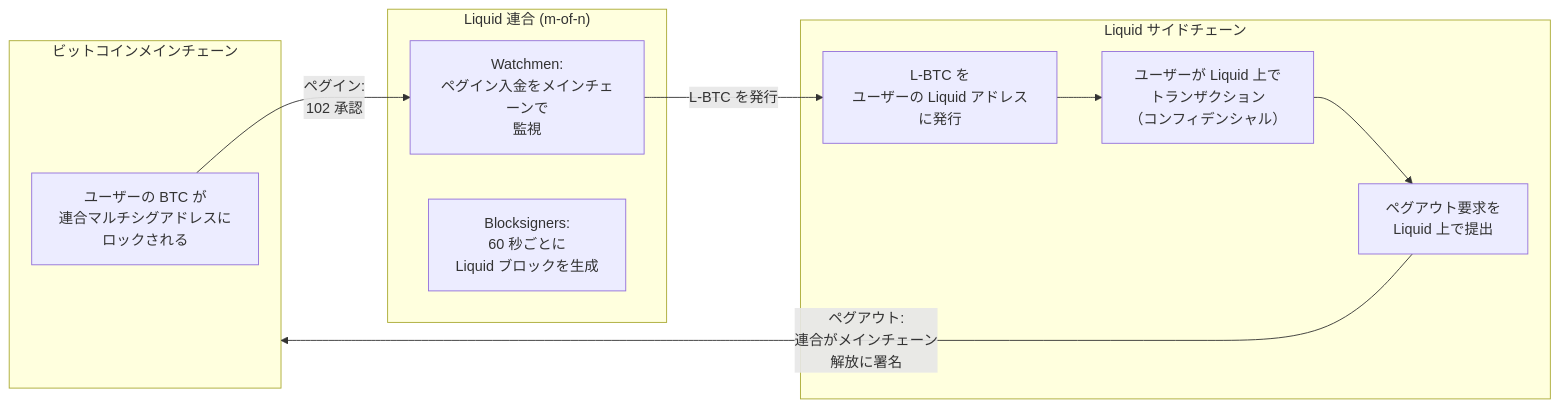
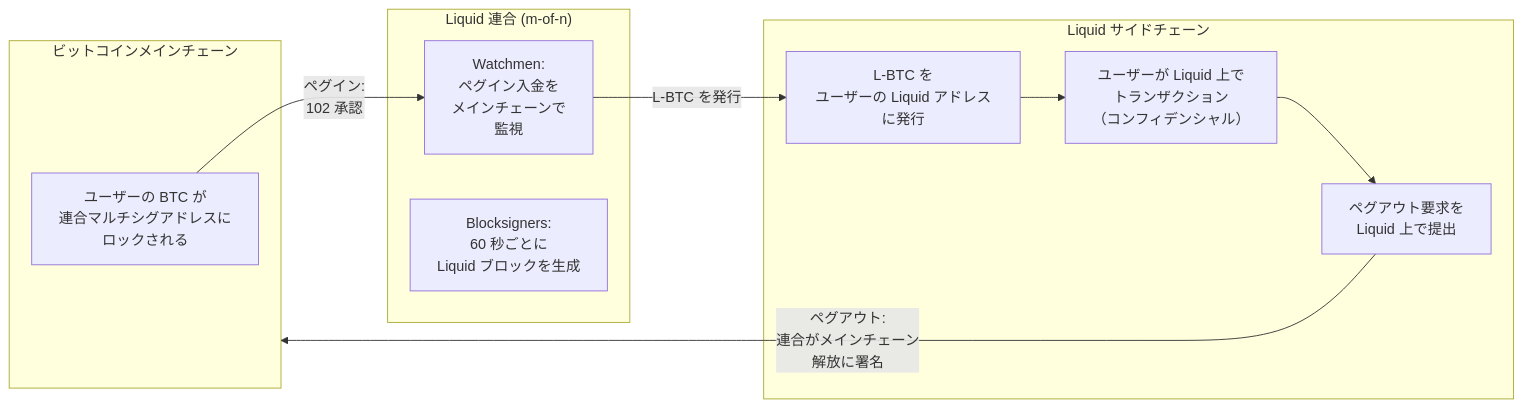
One commit to cypher256/BitcoinArchive changed the fourth of 6 diagrams in src/data/translations/ja/design/2009-01-03-bitcoin-ecosystem-design.md. Above: the diagram before and after it, drawn with Mermaid. The commit also changed other lines of this file and 11 other files, not shown here.

First line of the commit message:
JA Mermaid labels: wrap long CJK labels (mermaid-ja-wrap, 12 design docs)

````diff
--- a/src/data/translations/ja/design/2009-01-03-bitcoin-ecosystem-design.md
+++ b/src/data/translations/ja/design/2009-01-03-bitcoin-ecosystem-design.md
@@ -167,23 +167,23 @@
 ```mermaid
 flowchart LR
     subgraph MAIN["ビットコインメインチェーン"]
         UTXO_LOCK["ユーザーの BTC が<br/>連合マルチシグアドレスに<br/>ロックされる"]
     end
 
     subgraph FEDERATION["Liquid 連合 (m-of-n)"]
-        WATCH["Watchmen:<br/>ペグイン入金をメインチェーンで<br/>監視"]
+        WATCH["Watchmen:<br/>ペグイン入金を<br/>メインチェーンで<br/>監視"]
         SIGN["Blocksigners:<br/>60 秒ごとに<br/>Liquid ブロックを生成"]
     end
 
     subgraph LIQUID["Liquid サイドチェーン"]
         LBTC["L-BTC を<br/>ユーザーの Liquid アドレスに発行"]
         TX["ユーザーが Liquid 上で<br/>トランザクション<br/>（コンフィデンシャル）"]
         PEGOUT["ペグアウト要求を<br/>Liquid 上で提出"]
     end
 
     UTXO_LOCK -- "ペグイン:<br/>102 承認" --> WATCH
     WATCH -- "L-BTC を発行" --> LBTC
     LBTC --> TX
     TX --> PEGOUT
     PEGOUT -- "ペグアウト:<br/>連合がメインチェーン<br/>解放に署名" --> MAIN
 ```
````
